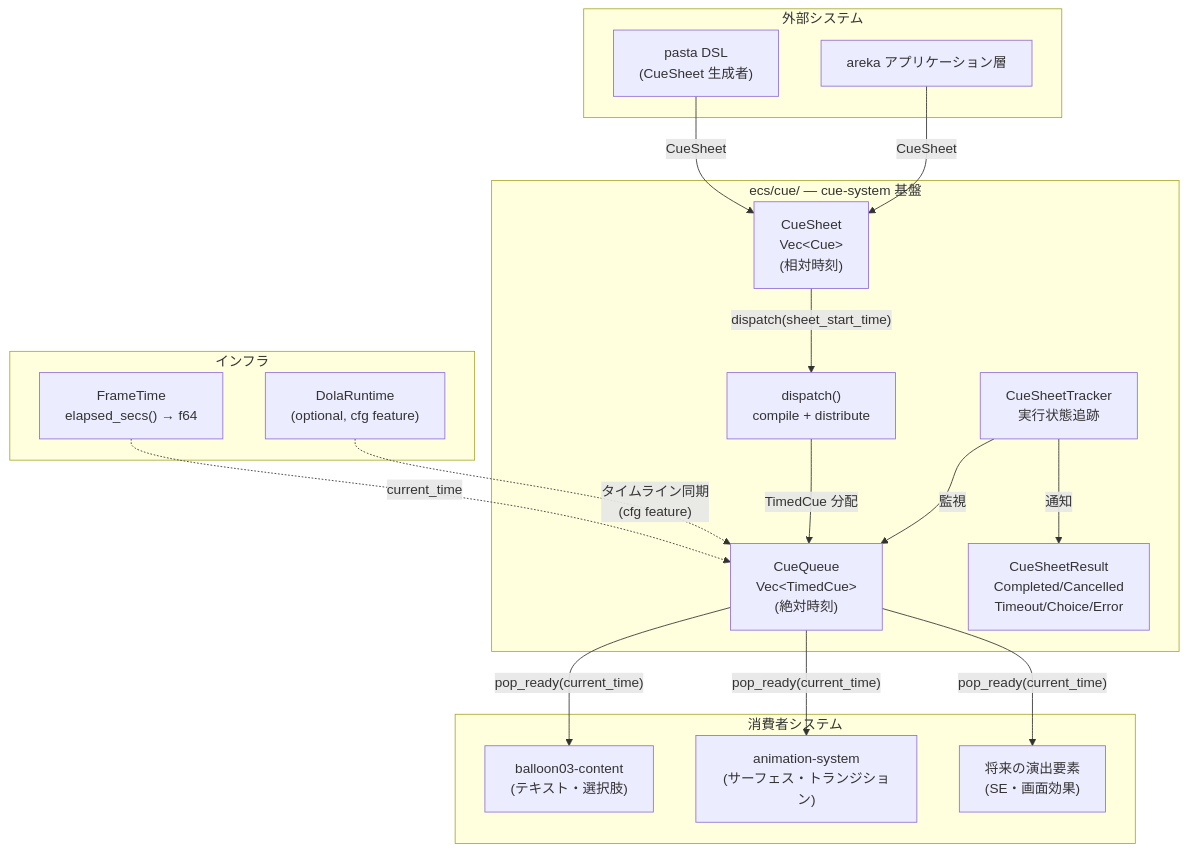
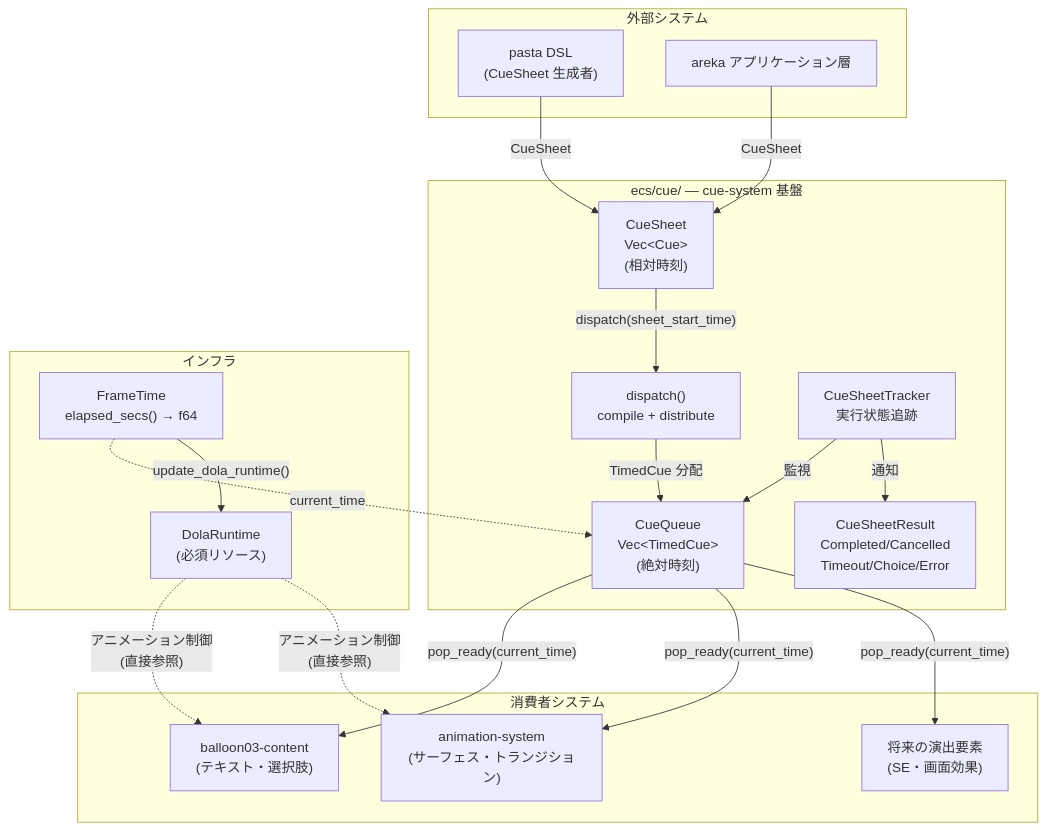
The first of 5 diagrams in .kiro/specs/wintf-P0-cue-system/design.md (ekicyou/areka), drawn with Mermaid before and after one commit. The commit also changed other lines of this file, not shown here.

First line of the commit message:
docs(cue-design): solidify dola integration (DD8-b)

````diff
--- a/.kiro/specs/wintf-P0-cue-system/design.md
+++ b/.kiro/specs/wintf-P0-cue-system/design.md
@@ -60,38 +60,40 @@
 ```mermaid
 graph TB
     subgraph External["外部システム"]
         PASTA["pasta DSL<br/>(CueSheet 生成者)"]
         AREKA["areka アプリケーション層"]
     end
 
     subgraph CueSystem["ecs/cue/ — cue-system 基盤"]
         CS["CueSheet<br/>Vec&lt;Cue&gt;<br/>(相対時刻)"]
         DISPATCH["dispatch()<br/>compile + distribute"]
         CQ["CueQueue<br/>Vec&lt;TimedCue&gt;<br/>(絶対時刻)"]
         RESULT["CueSheetResult<br/>Completed/Cancelled<br/>Timeout/Choice/Error"]
         TRACKER["CueSheetTracker<br/>実行状態追跡"]
     end
 
     subgraph Consumers["消費者システム"]
         BALLOON["balloon03-content<br/>(テキスト・選択肢)"]
         ANIM["animation-system<br/>(サーフェス・トランジション)"]
         FUTURE["将来の演出要素<br/>(SE・画面効果)"]
     end
 
     subgraph Infra["インフラ"]
         FT["FrameTime<br/>elapsed_secs() → f64"]
-        DOLA["DolaRuntime<br/>(optional, cfg feature)"]
+        DOLA["DolaRuntime<br/>(必須リソース)"]
     end
 
     PASTA -->|CueSheet| CS
     AREKA -->|CueSheet| CS
     CS -->|"dispatch(sheet_start_time)"| DISPATCH
     DISPATCH -->|"TimedCue 分配"| CQ
     CQ -->|"pop_ready(current_time)"| BALLOON
     CQ -->|"pop_ready(current_time)"| ANIM
     CQ -->|"pop_ready(current_time)"| FUTURE
     FT -.->|current_time| CQ
-    DOLA -.->|"タイムライン同期<br/>(cfg feature)"| CQ
+    FT -->|"update_dola_runtime()"| DOLA
+    DOLA -.->|"アニメーション制御<br/>(直接参照)"| BALLOON
+    DOLA -.->|"アニメーション制御<br/>(直接参照)"| ANIM
     TRACKER -->|監視| CQ
     TRACKER -->|通知| RESULT
 ```
````
